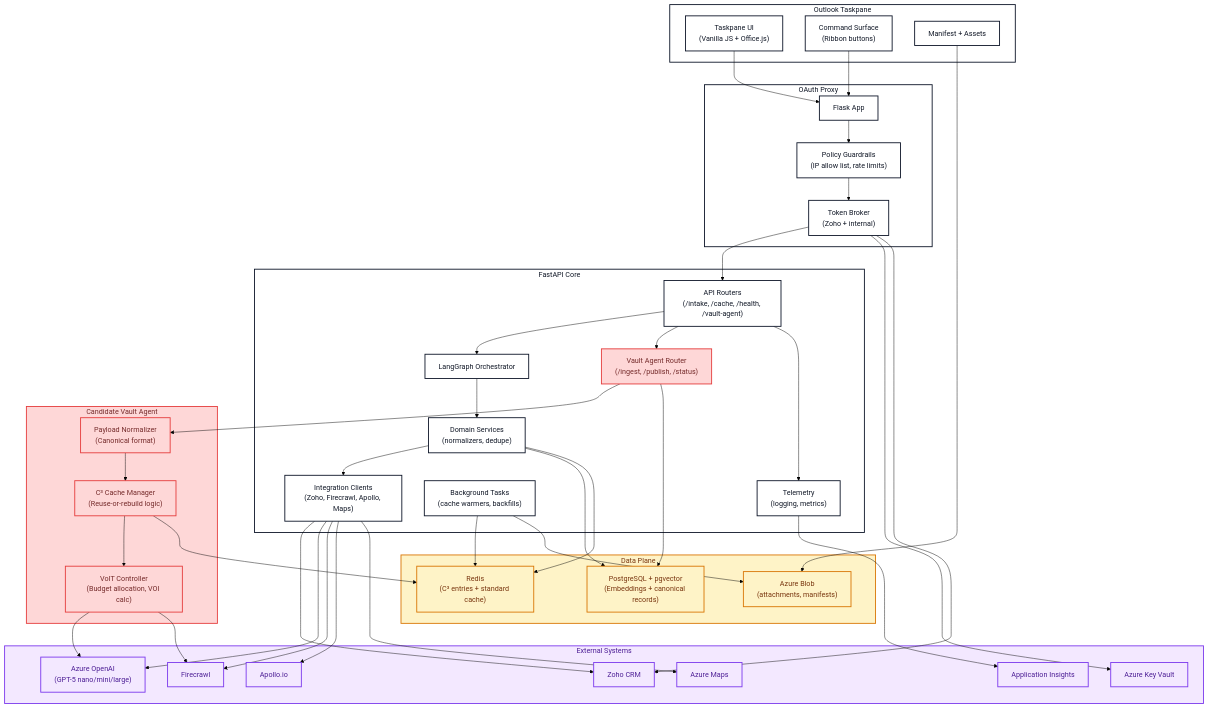
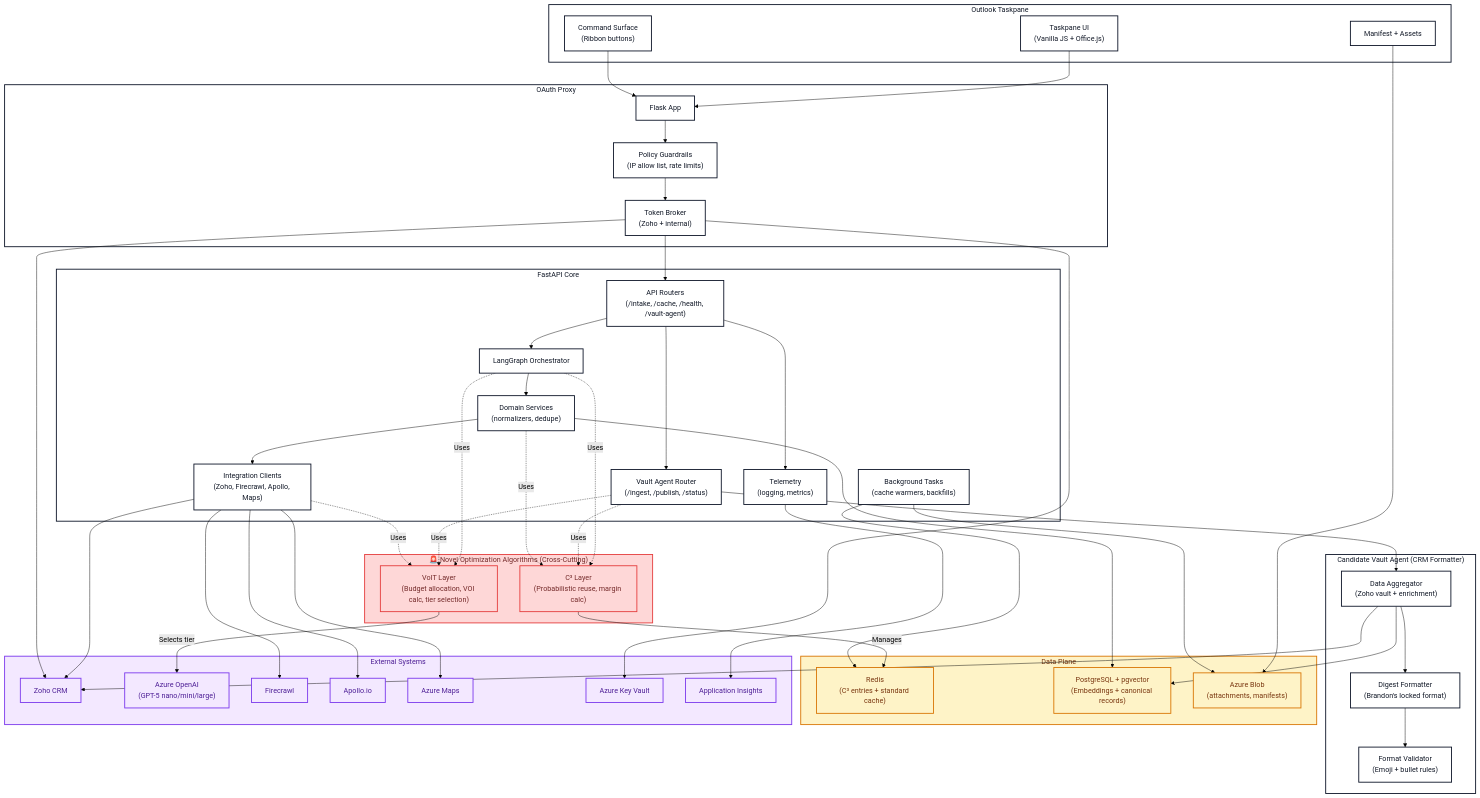
Before and after one commit to romiteld/ZohoDealCreation: the fourth of 17 diagrams in README.md, drawn with Mermaid (forest theme). The commit also changed other lines of this file, not shown here.

```diff
--- a/README.md
+++ b/README.md
@@ -434,6 +488,12 @@
     end
     class Proxy,FlaskApp,TokenSvc,Policy container;
 
+    subgraph NovelOptimization["🚨 Novel Optimization Algorithms (Cross-Cutting)"]
+        VoITLayer["VoIT Layer\n(Budget allocation, VOI calc, tier selection)"]
+        C3Layer["C³ Layer\n(Probabilistic reuse, margin calc)"]
+    end
+    class NovelOptimization,VoITLayer,C3Layer intelligent;
+
     subgraph FastAPI["FastAPI Core"]
         Router["API Routers\n(/intake, /cache, /health, /vault-agent)"]
         LangGraph["LangGraph Orchestrator"]
@@ -443,15 +503,14 @@
         Background["Background Tasks\n(cache warmers, backfills)"]
         Telemetry["Telemetry\n(logging, metrics)"]
     end
-    class FastAPI,Router,LangGraph,Services,Integrations,Background,Telemetry container;
-    class VaultRouter intelligent;
+    class FastAPI,Router,LangGraph,Services,Integrations,Background,Telemetry,VaultRouter container;
 
-    subgraph VaultAgent["Candidate Vault Agent"]
-        VoITCtrl["VoIT Controller\n(Budget allocation, VOI calc)"]
-        C3Cache["C³ Cache Manager\n(Reuse-or-rebuild logic)"]
-        Normalizer["Payload Normalizer\n(Canonical format)"]
+    subgraph VaultAgent["Candidate Vault Agent (CRM Formatter)"]
+        Aggregator["Data Aggregator\n(Zoho vault + enrichment)"]
+        Formatter["Digest Formatter\n(Brandon's locked format)"]
+        Validator["Format Validator\n(Emoji + bullet rules)"]
     end
-    class VaultAgent,VoITCtrl,C3Cache,Normalizer intelligent;
+    class VaultAgent,Aggregator,Formatter,Validator container;
 
     subgraph DataPlane["Data Plane"]
         RedisNode["Redis\n(C³ entries + standard cache)"]
@@ -479,19 +538,29 @@
     TokenSvc --> Router
     Router --> LangGraph
     Router --> VaultRouter
-    VaultRouter --> Normalizer
-    Normalizer --> C3Cache
-    C3Cache --> VoITCtrl
-    VoITCtrl --> OpenAIAPI
-    VoITCtrl --> FirecrawlAPI
-    C3Cache --> RedisNode
-    VaultRouter --> Postgres
+
+    %% Novel algorithms as cross-cutting layers
+    LangGraph -.->|"Uses"| VoITLayer
+    LangGraph -.->|"Uses"| C3Layer
+    VaultRouter -.->|"Uses"| VoITLayer
+    VaultRouter -.->|"Uses"| C3Layer
+    Integrations -.->|"Uses"| VoITLayer
+    Services -.->|"Uses"| C3Layer
+
+    VoITLayer -->|"Selects tier"| OpenAIAPI
+    C3Layer -->|"Manages"| RedisNode
+
+    %% Vault Agent specific
+    VaultRouter --> Aggregator
+    Aggregator --> Formatter
+    Formatter --> Validator
+    Aggregator --> ZohoAPI
+    Aggregator --> Postgres
+
     LangGraph --> Services
     Services --> Integrations
     Services --> Postgres
-    Services --> RedisNode
     Integrations --> ZohoAPI
-    Integrations --> OpenAIAPI
     Integrations --> FirecrawlAPI
     Integrations --> ApolloAPI
     Integrations --> MapsAPI
```
